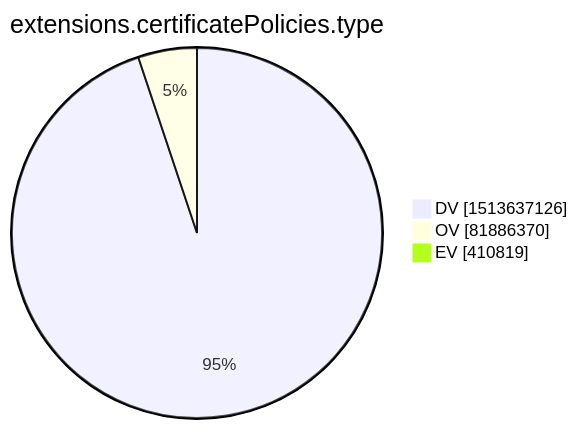
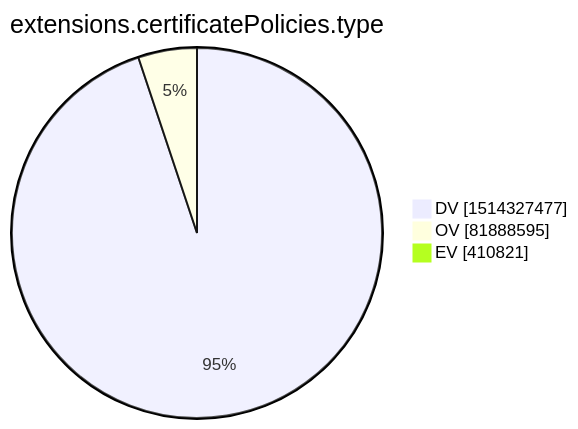
Before and after one commit to christiankrug/ctmonitor_visualization: the tenth of 15 diagrams in xenon2022/README.md, drawn with Mermaid. The commit also changed other lines of this file, not shown here.

````diff
--- a/xenon2022/README.md
+++ b/xenon2022/README.md
@@ -2875,7 +2875,7 @@
 ```mermaid
 pie showData
 title extensions.certificatePolicies.type
-"DV" :1513637126
-"OV" :81886370
-"EV" :410819
+"DV" :1514327477
+"OV" :81888595
+"EV" :410821
 ```
````
